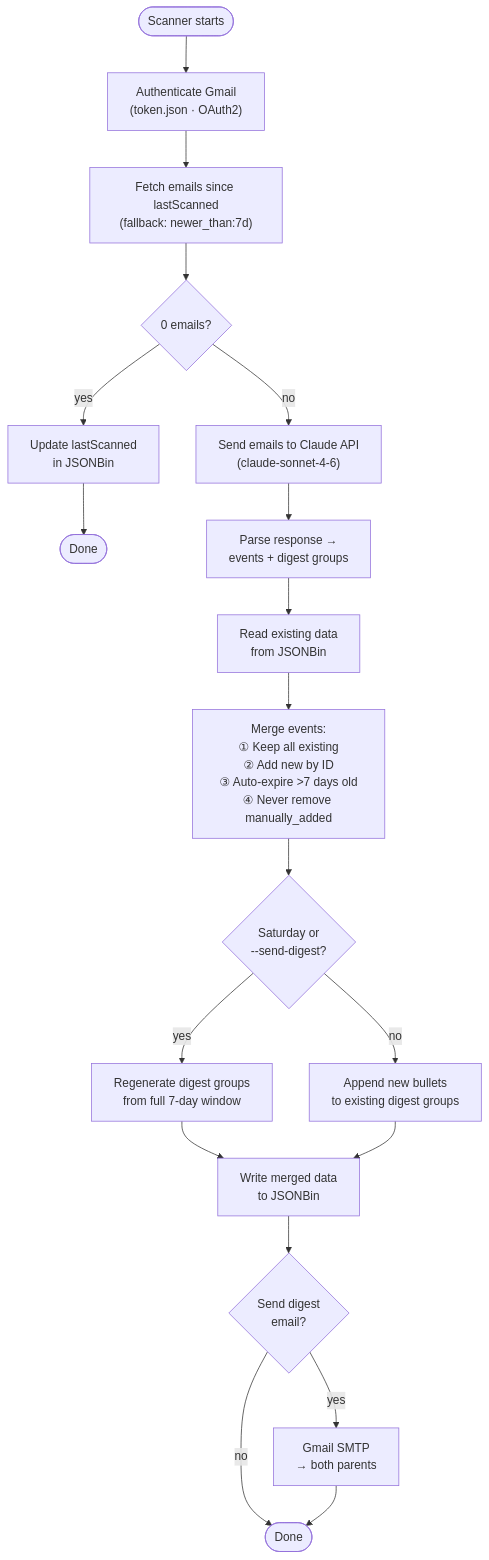
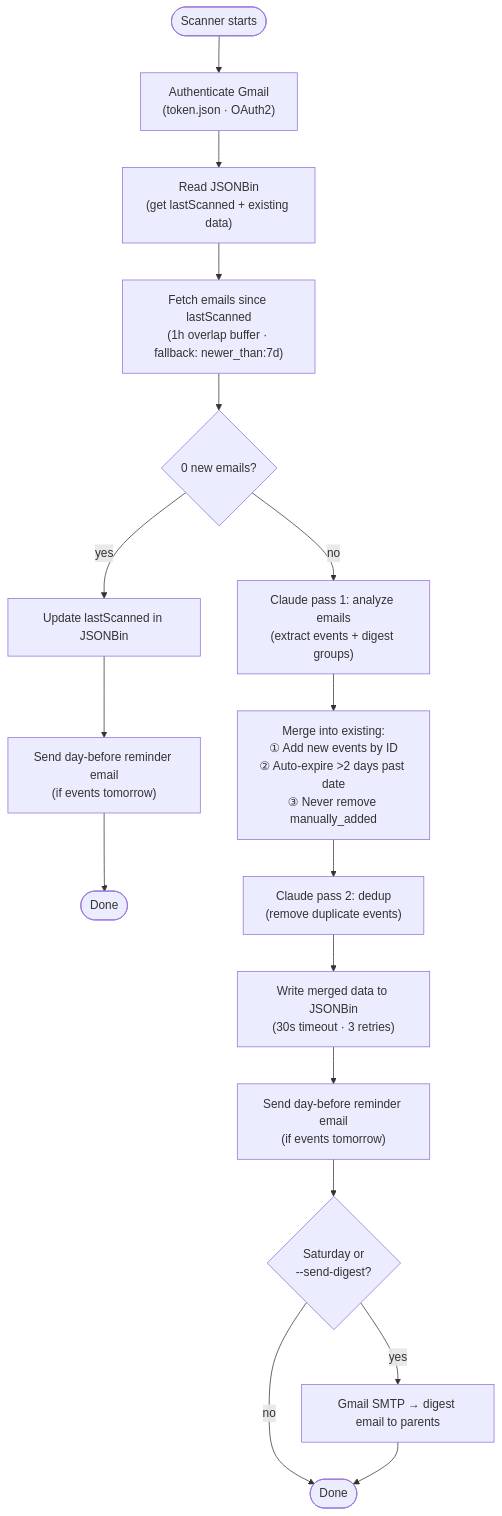
One commit to samundrud/family_inbox_digest changed the diagram in docs/CLAUDE.md. Above: the diagram before and after it, drawn with Mermaid. The commit also changed other lines of this file and 3 other files, not shown here.

First line of the commit message:
Implement FAM-21 + registration links + JSONBin retries + doc updates

````diff
--- a/docs/CLAUDE.md
+++ b/docs/CLAUDE.md
@@ -21,21 +21,19 @@
 ```mermaid
 flowchart TD
     Start([Scanner starts]) --> Auth["Authenticate Gmail\n(token.json · OAuth2)"]
-    Auth --> Fetch["Fetch emails since lastScanned\n(fallback: newer_than:7d)"]
-    Fetch --> Empty{0 emails?}
-    Empty -->|yes| UpdateTS["Update lastScanned\nin JSONBin"]
-    UpdateTS --> Done1([Done])
-    Empty -->|no| Claude["Send emails to Claude API\n(claude-sonnet-4-6)"]
-    Claude --> Parse["Parse response →\nevents + digest groups"]
-    Parse --> Read["Read existing data\nfrom JSONBin"]
-    Read --> Merge["Merge events:\n① Keep all existing\n② Add new by ID\n③ Auto-expire >7 days old\n④ Never remove manually_added"]
-    Merge --> Saturday{"Saturday or\n--send-digest?"}
-    Saturday -->|yes| FullDigest["Regenerate digest groups\nfrom full 7-day window"]
-    Saturday -->|no| IncrDigest["Append new bullets\nto existing digest groups"]
-    FullDigest --> Write["Write merged data\nto JSONBin"]
-    IncrDigest --> Write
-    Write --> SendEmail{"Send digest\nemail?"}
-    SendEmail -->|yes| Email["Gmail SMTP\n→ both parents"]
-    SendEmail -->|no| Done2([Done])
+    Auth --> ReadBin["Read JSONBin\n(get lastScanned + existing data)"]
+    ReadBin --> Fetch["Fetch emails since lastScanned\n(1h overlap buffer · fallback: newer_than:7d)"]
+    Fetch --> Empty{0 new emails?}
+    Empty -->|yes| UpdateTS["Update lastScanned in JSONBin"]
+    UpdateTS --> Reminder1["Send day-before reminder email\n(if events tomorrow)"]
+    Reminder1 --> Done1([Done])
+    Empty -->|no| Claude1["Claude pass 1: analyze emails\n(extract events + digest groups)"]
+    Claude1 --> Merge["Merge into existing:\n① Add new events by ID\n② Auto-expire >2 days past date\n③ Never remove manually_added"]
+    Merge --> Dedup["Claude pass 2: dedup\n(remove duplicate events)"]
+    Dedup --> Write["Write merged data to JSONBin\n(30s timeout · 3 retries)"]
+    Write --> Reminder2["Send day-before reminder email\n(if events tomorrow)"]
+    Reminder2 --> Saturday{"Saturday or\n--send-digest?"}
+    Saturday -->|yes| Email["Gmail SMTP → digest email to parents"]
+    Saturday -->|no| Done2([Done])
     Email --> Done2
 ```
````
